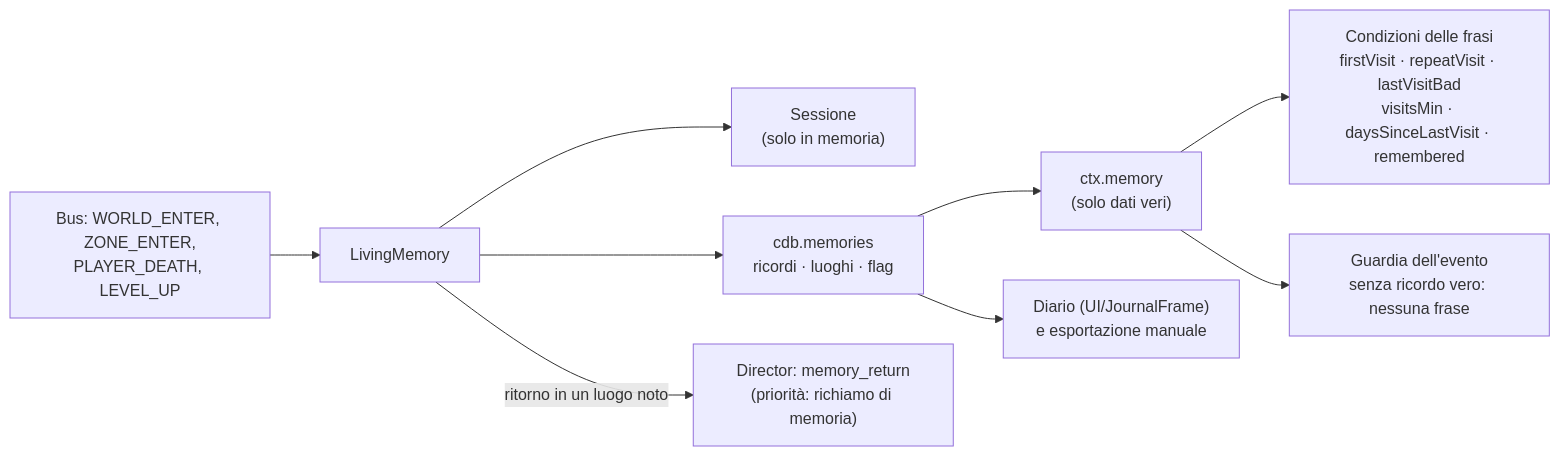
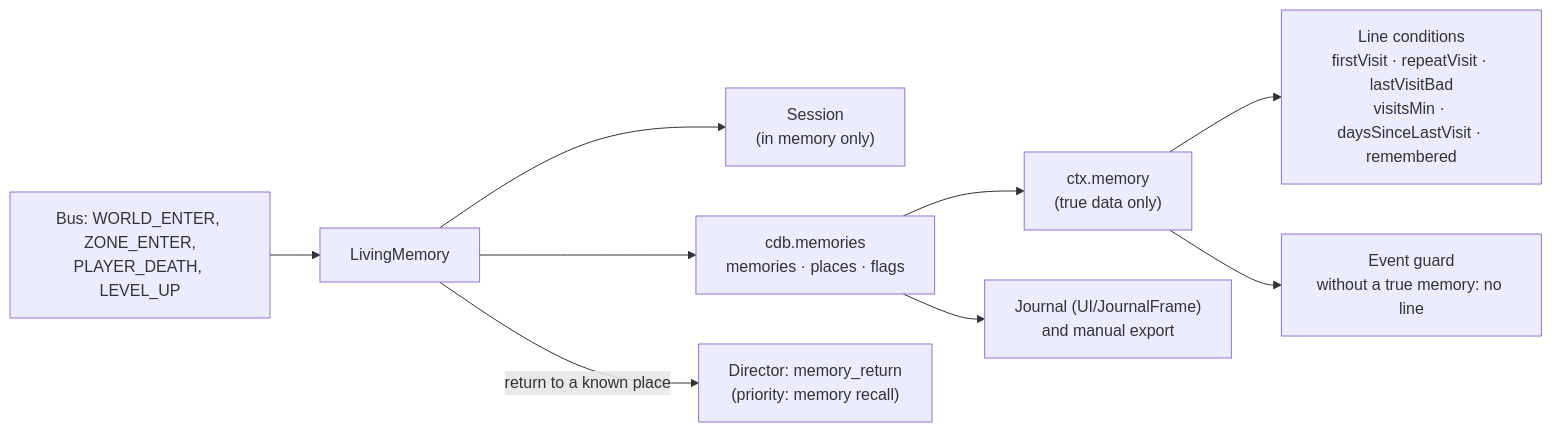
One commit to Finland6738/azeroth-unspoken changed the seventh of 14 diagrams in docs/ARCHITECTURE.md. Above: the diagram before and after it, drawn with Mermaid. The commit also changed other lines of this file and 31 other files, not shown here.

````diff
--- a/docs/ARCHITECTURE.md
+++ b/docs/ARCHITECTURE.md
@@ -340,11 +340,11 @@
 ```mermaid
 flowchart LR
     B["Bus: WORLD_ENTER, ZONE_ENTER,<br/>PLAYER_DEATH, LEVEL_UP"] --> LM["LivingMemory"]
-    LM --> S["Sessione<br/>(solo in memoria)"]
-    LM --> P["cdb.memories<br/>ricordi · luoghi · flag"]
-    P --> X["ctx.memory<br/>(solo dati veri)"]
-    X --> R["Condizioni delle frasi<br/>firstVisit · repeatVisit · lastVisitBad<br/>visitsMin · daysSinceLastVisit · remembered"]
-    LM -- "ritorno in un luogo noto" --> D["Director: memory_return<br/>(priorità: richiamo di memoria)"]
-    X --> G["Guardia dell'evento<br/>senza ricordo vero: nessuna frase"]
-    P --> J["Diario (UI/JournalFrame)<br/>e esportazione manuale"]
+    LM --> S["Session<br/>(in memory only)"]
+    LM --> P["cdb.memories<br/>memories · places · flags"]
+    P --> X["ctx.memory<br/>(true data only)"]
+    X --> R["Line conditions<br/>firstVisit · repeatVisit · lastVisitBad<br/>visitsMin · daysSinceLastVisit · remembered"]
+    LM -- "return to a known place" --> D["Director: memory_return<br/>(priority: memory recall)"]
+    X --> G["Event guard<br/>without a true memory: no line"]
+    P --> J["Journal (UI/JournalFrame)<br/>and manual export"]
 ```
````
